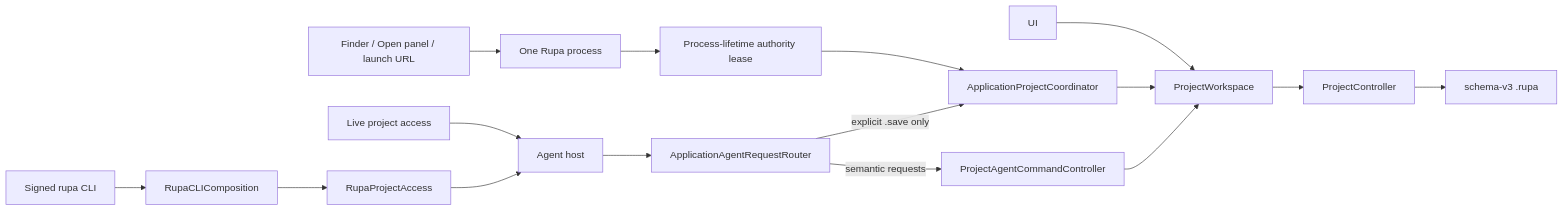
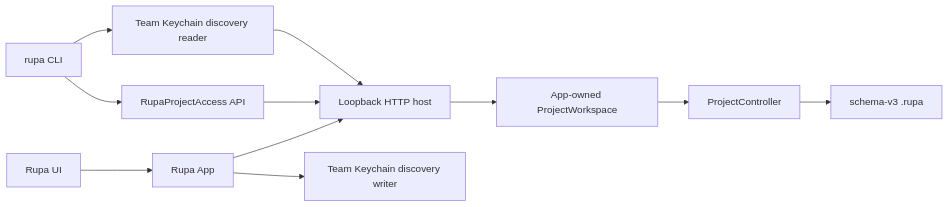
The first of 2 diagrams in Rupa/DESIGN.md (1amageek/Rupa), drawn with Mermaid before and after one commit. The commit also changed other lines of this file and 133 other files, not shown here.

Commit message:
Route external access through the Rupa API

````diff
--- a/Rupa/DESIGN.md
+++ b/Rupa/DESIGN.md
@@ -48,18 +28,13 @@
 ```mermaid
 flowchart LR
-    File["Finder / Open panel / launch URL"] --> App["One Rupa process"]
-    App --> Lease["Process-lifetime authority lease"]
-    Lease --> Coordinator["ApplicationProjectCoordinator"]
-    UI --> Workspace["ProjectWorkspace"]
-    Coordinator --> Workspace
-    Access["Live project access"] --> Host["Agent host"]
-    Host --> Router["ApplicationAgentRequestRouter"]
-    Router -->|semantic requests| AgentController["ProjectAgentCommandController"]
-    Router -->|explicit .save only| Coordinator
-    AgentController --> Workspace
+    UI["Rupa UI"] --> App["Rupa App"]
+    CLI["rupa CLI"] --> Access["RupaProjectAccess API"]
+    App --> Host["Loopback HTTP host"]
+    Access --> Host
+    Host --> Workspace["App-owned ProjectWorkspace"]
     Workspace --> Controller["ProjectController"]
     Controller --> Package["schema-v3 .rupa"]
-    CLIProduct["Signed rupa CLI"] --> CLIComposition["RupaCLIComposition"]
-    CLIComposition --> ProjectAccessAPI["RupaProjectAccess"]
-    ProjectAccessAPI --> Host
+    App --> Keychain["Team Keychain discovery writer"]
+    CLI --> KeychainRead["Team Keychain discovery reader"]
+    KeychainRead --> Host
 ```
````
